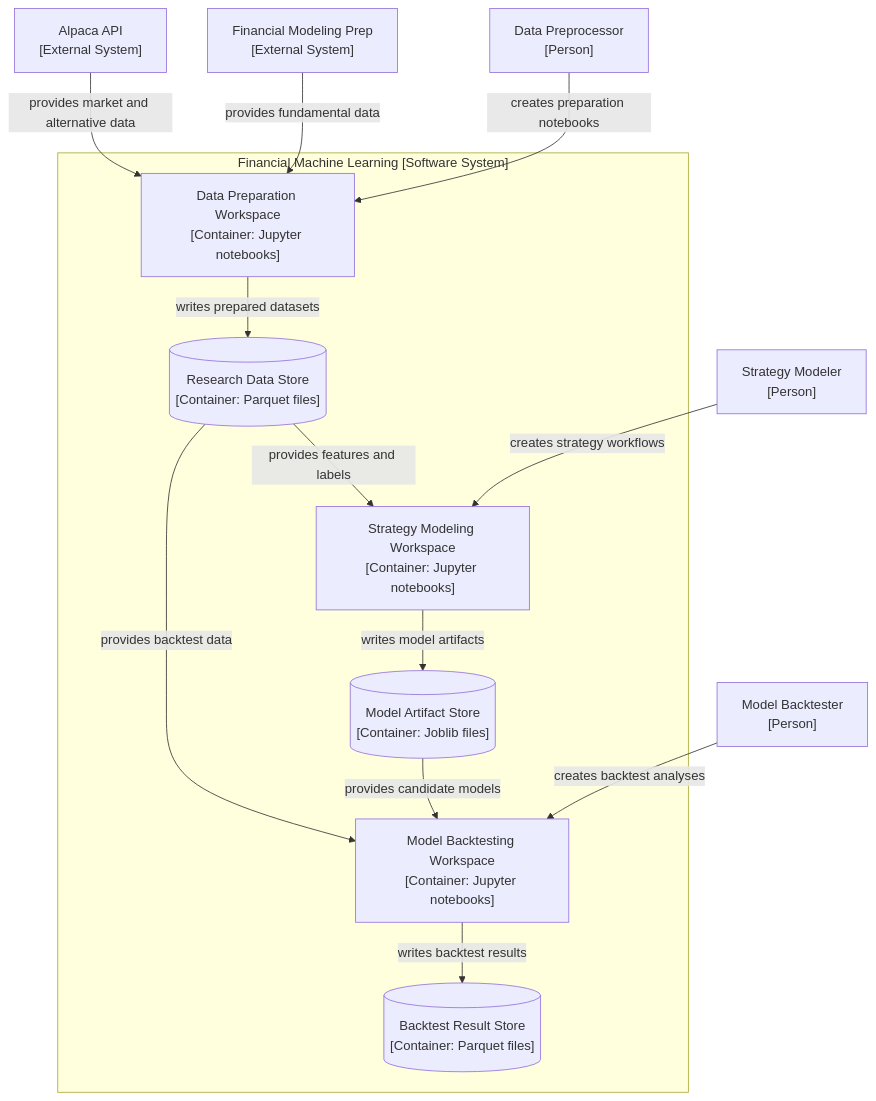
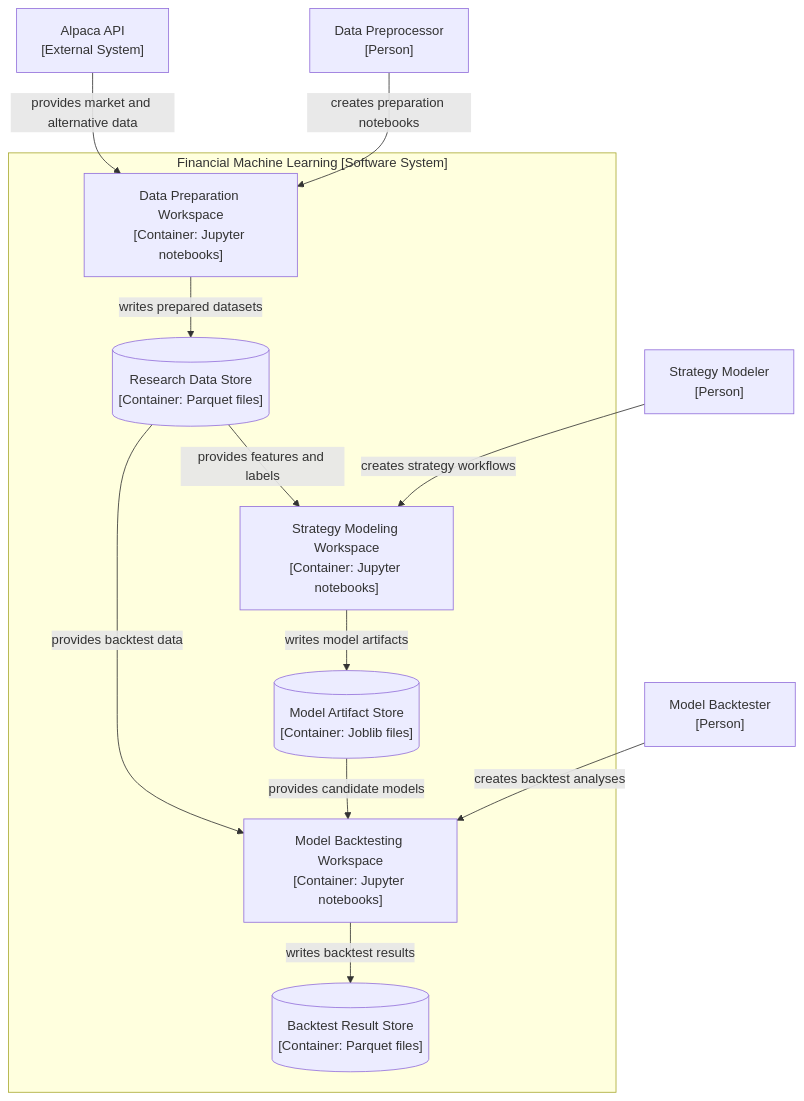
One commit to kwonjunhyuk9/financial-machine-learning changed the second of 3 diagrams in docs/architecture.md. Above: the diagram before and after it, drawn with Mermaid. The commit also changed other lines of this file and 37 other files, not shown here.

````diff
--- a/docs/architecture.md
+++ b/docs/architecture.md
@@ -40,29 +38,27 @@
 ```mermaid
 flowchart TD
     dp_user["Data Preprocessor<br/>[Person]"]
     sm_user["Strategy Modeler<br/>[Person]"]
     mb_user["Model Backtester<br/>[Person]"]
-    fmp["Financial Modeling Prep<br/>[External System]"]
     alpaca["Alpaca API<br/>[External System]"]
 
     subgraph system["Financial Machine Learning [Software System]"]
         prep_workspace["Data Preparation Workspace<br/>[Container: Jupyter notebooks]"]
         data_store[("Research Data Store<br/>[Container: Parquet files]")]
         strategy_workspace["Strategy Modeling Workspace<br/>[Container: Jupyter notebooks]"]
         model_store[("Model Artifact Store<br/>[Container: Joblib files]")]
         backtest_workspace["Model Backtesting Workspace<br/>[Container: Jupyter notebooks]"]
         result_store[("Backtest Result Store<br/>[Container: Parquet files]")]
     end
 
     dp_user -->|" creates preparation notebooks "| prep_workspace
     sm_user -->|" creates strategy workflows "| strategy_workspace
     mb_user -->|" creates backtest analyses "| backtest_workspace
-    fmp -->|" provides fundamental data "| prep_workspace
     alpaca -->|" provides market and alternative data "| prep_workspace
     prep_workspace -->|" writes prepared datasets "| data_store
     data_store -->|" provides features and labels "| strategy_workspace
     strategy_workspace -->|" writes model artifacts "| model_store
     data_store -->|" provides backtest data "| backtest_workspace
     model_store -->|" provides candidate models "| backtest_workspace
     backtest_workspace -->|" writes backtest results "| result_store
 ```
````
